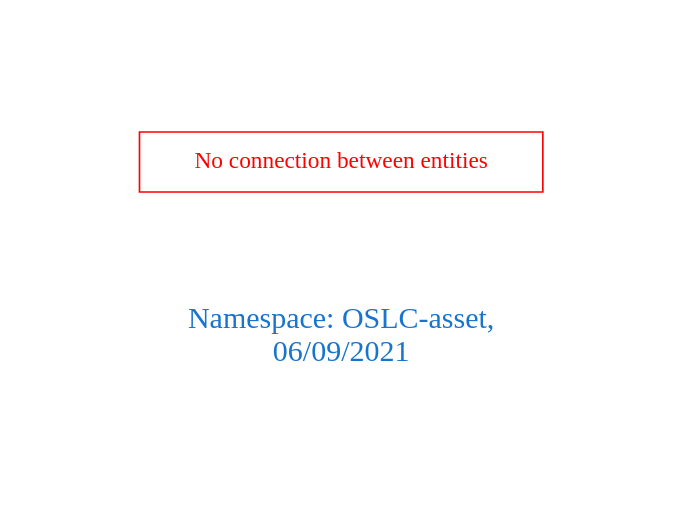
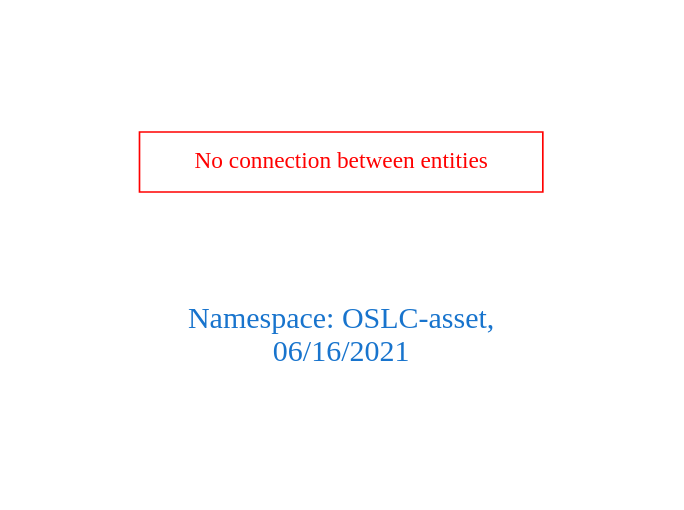
The diagram in downloads/OSLC-asset.dot (arago/OGIT), drawn with Graphviz before and after one commit. The commit also changed 1884 other files, not shown here.

```diff
--- a/downloads/OSLC-asset.dot
+++ b/downloads/OSLC-asset.dot
@@ -1,9 +1,9 @@
 digraph OGIT_ontology {
  graph [ rankdir= LR,pad=1 
 fontsize = 18,
-fontcolor= dodgerblue3,label = "\n\n\nNamespace: OSLC-asset, \n 06/09/2021"];
+fontcolor= dodgerblue3,label = "\n\n\nNamespace: OSLC-asset, \n 06/16/2021"];
 node[shape=polygon];
 edge [  color="gray81"];
 
 "No connection between entities" [fontcolor = "red",color="red", shape="polygon"]
 }
```
